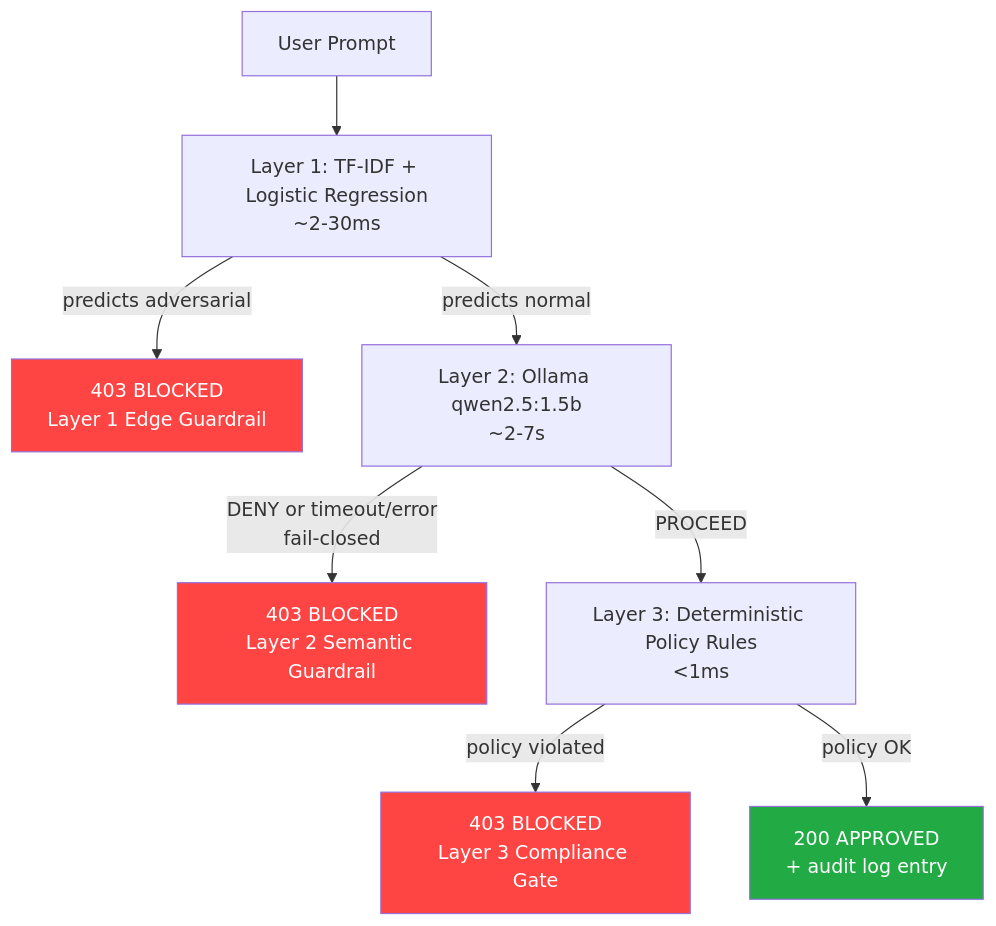
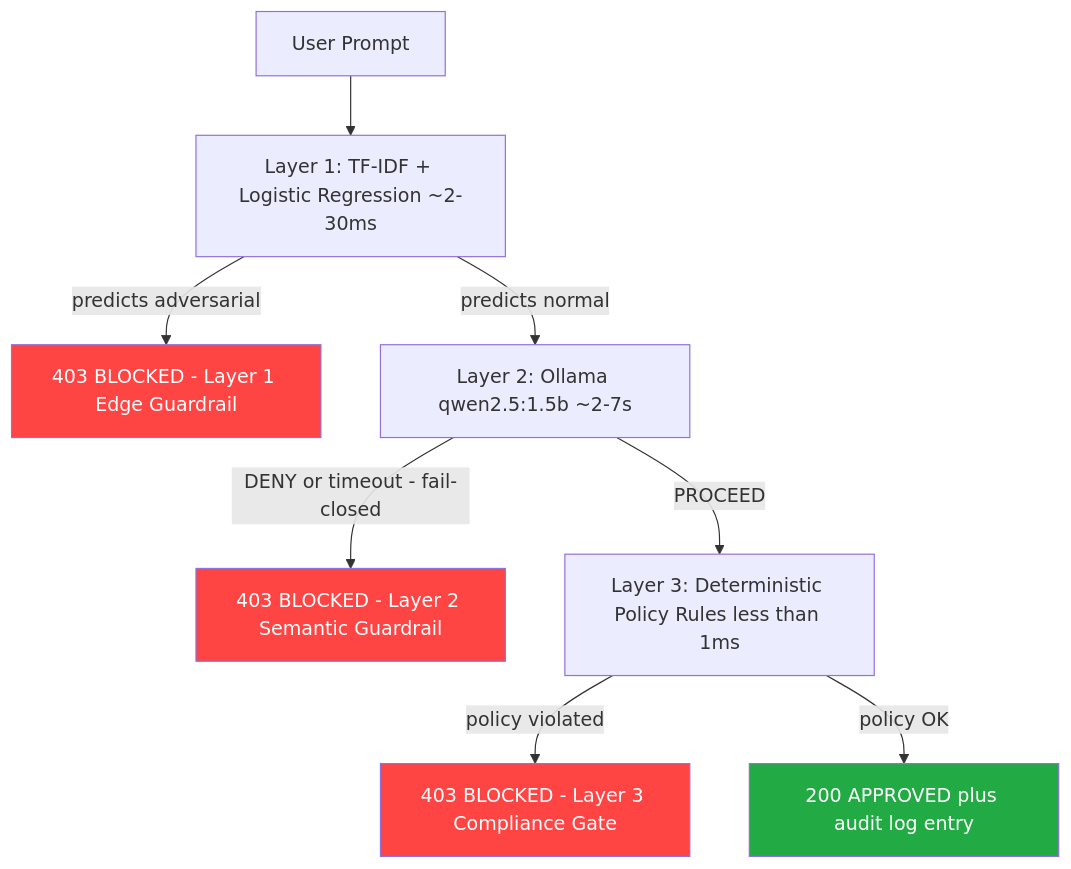
Before and after one commit to muhammadnsererko/guardrails: the diagram in README.md, drawn with Mermaid.

Commit message:
docs: Fix Mermaid node label syntax for GitHub rendering

````diff
--- a/README.md
+++ b/README.md
@@ -26,15 +26,15 @@
 ```mermaid
 flowchart TD
-    A[User Prompt] --> B[Layer 1: TF-IDF + Logistic Regression\n~2-30ms]
-    B -->|predicts adversarial| C[403 BLOCKED\nLayer 1 Edge Guardrail]
-    B -->|predicts normal| D[Layer 2: Ollama qwen2.5:1.5b\n~2-7s]
-    D -->|DENY or timeout/error\nfail-closed| E[403 BLOCKED\nLayer 2 Semantic Guardrail]
-    D -->|PROCEED| F[Layer 3: Deterministic Policy Rules\n<1ms]
-    F -->|policy violated| G[403 BLOCKED\nLayer 3 Compliance Gate]
-    F -->|policy OK| H[200 APPROVED\n+ audit log entry]
+    A[User Prompt] --> B[Layer 1: TF-IDF + Logistic Regression ~2-30ms]
+    B -->|predicts adversarial| C[403 BLOCKED - Layer 1 Edge Guardrail]
+    B -->|predicts normal| D[Layer 2: Ollama qwen2.5:1.5b ~2-7s]
+    D -->|DENY or timeout - fail-closed| E[403 BLOCKED - Layer 2 Semantic Guardrail]
+    D -->|PROCEED| F[Layer 3: Deterministic Policy Rules less than 1ms]
+    F -->|policy violated| G[403 BLOCKED - Layer 3 Compliance Gate]
+    F -->|policy OK| H[200 APPROVED plus audit log entry]
 
     style C fill:#ff4444,color:#fff
     style E fill:#ff4444,color:#fff
     style G fill:#ff4444,color:#fff
     style H fill:#22aa44,color:#fff
 ```
````
